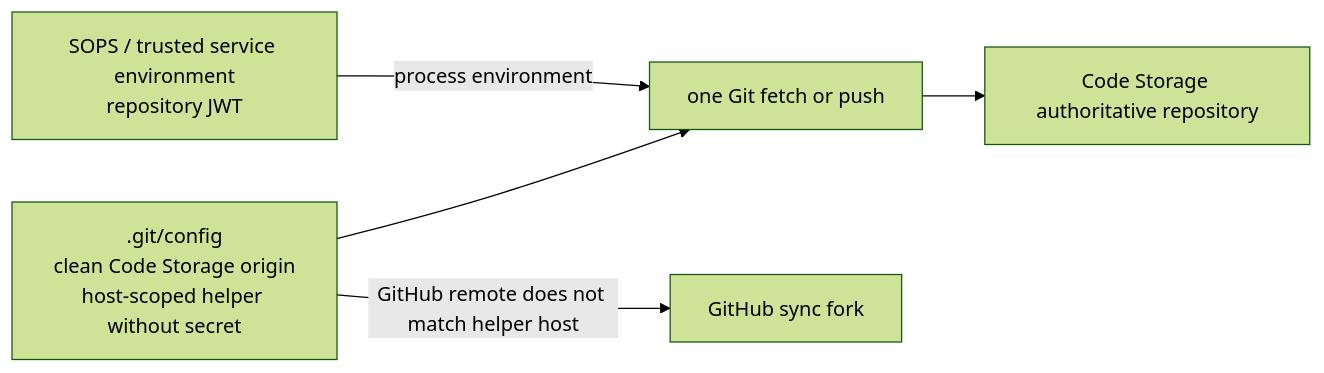
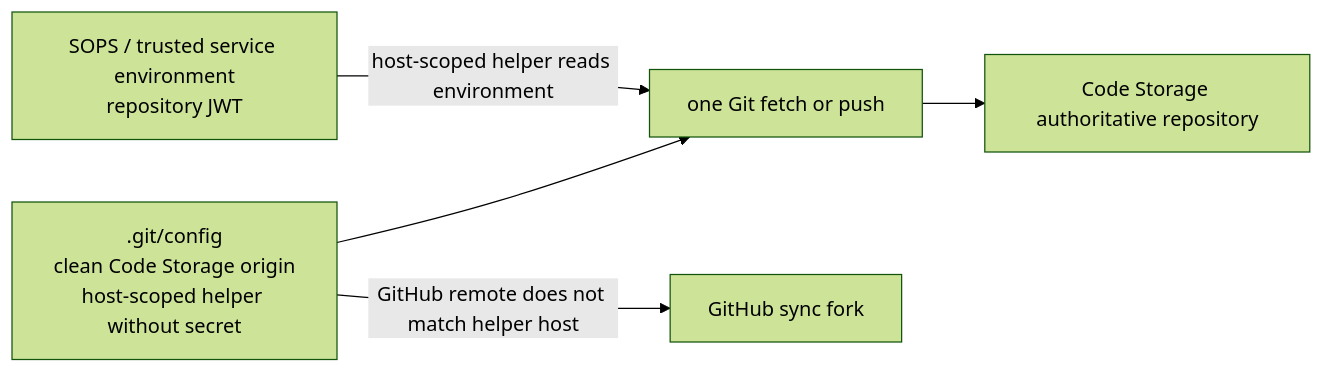
The diagram in docs/updates/144.md (trytilde/dispatch), drawn with Mermaid (forest theme) before and after one commit. The commit also changed other lines of this file and 4 other files, not shown here.

````diff
--- a/docs/updates/144.md
+++ b/docs/updates/144.md
@@ -13,7 +13,7 @@
 ```mermaid
 flowchart LR
-  SOPS["SOPS / trusted service environment\nrepository JWT"] -->|"process environment"| Git["one Git fetch or push"]
+  SOPS["SOPS / trusted service environment\nrepository JWT"] -->|"host-scoped helper reads environment"| Git["one Git fetch or push"]
   Config[".git/config\nclean Code Storage origin\nhost-scoped helper without secret"] --> Git
   Git --> Storage["Code Storage authoritative repository"]
   Config -->|"GitHub remote does not match helper host"| GitHub["GitHub sync fork"]
 ```
````
